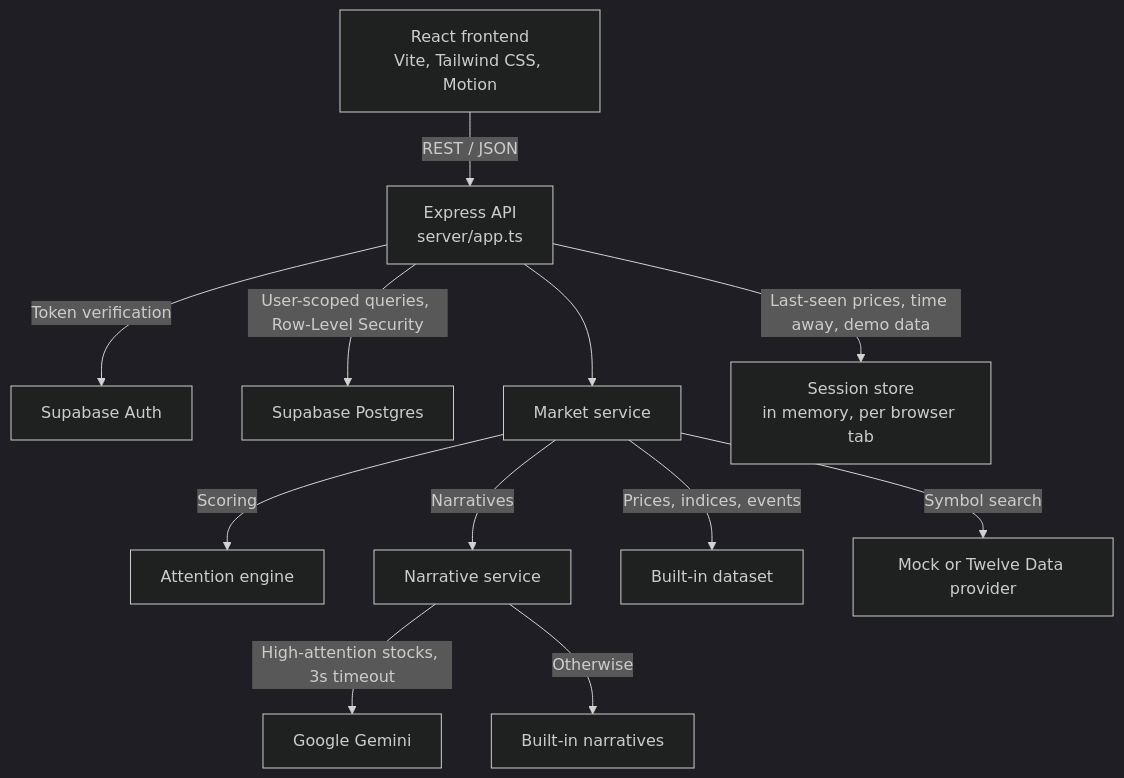
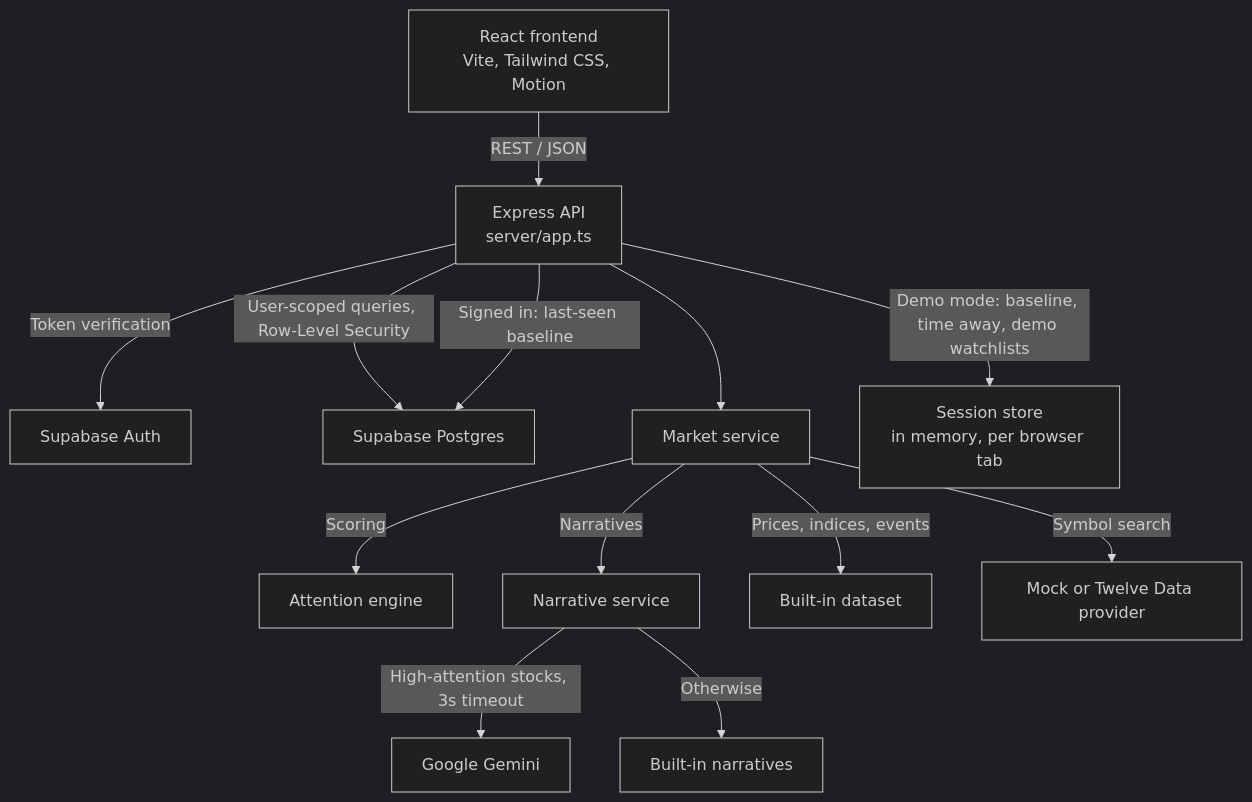
One commit to Mona-Agrawall/nazar changed the first of 2 diagrams in README.md. Above: the diagram before and after it, drawn with Mermaid (dark theme). The commit also changed other lines of this file and 11 other files, not shown here.

First line of the commit message:
feat: save each user's last-seen baseline and meet WCAG AA contrast

````diff
--- a/README.md
+++ b/README.md
@@ -176,14 +177,15 @@
 ```mermaid
 graph TD
     A[React frontend<br/>Vite, Tailwind CSS, Motion] -->|REST / JSON| B[Express API<br/>server/app.ts]
     B -->|Token verification| C[Supabase Auth]
     B -->|User-scoped queries, Row-Level Security| D[Supabase Postgres]
     B --> E[Market service]
     E -->|Scoring| F[Attention engine]
     E -->|Narratives| G[Narrative service]
     G -->|High-attention stocks, 3s timeout| H[Google Gemini]
     G -->|Otherwise| I[Built-in narratives]
     E -->|Prices, indices, events| J[Built-in dataset]
     E -->|Symbol search| K[Mock or Twelve Data provider]
-    B -->|Last-seen prices, time away, demo data| N[Session store<br/>in memory, per browser tab]
+    B -->|Signed in: last-seen baseline| D
+    B -->|Demo mode: baseline, time away, demo watchlists| N[Session store<br/>in memory, per browser tab]
 ```
````
